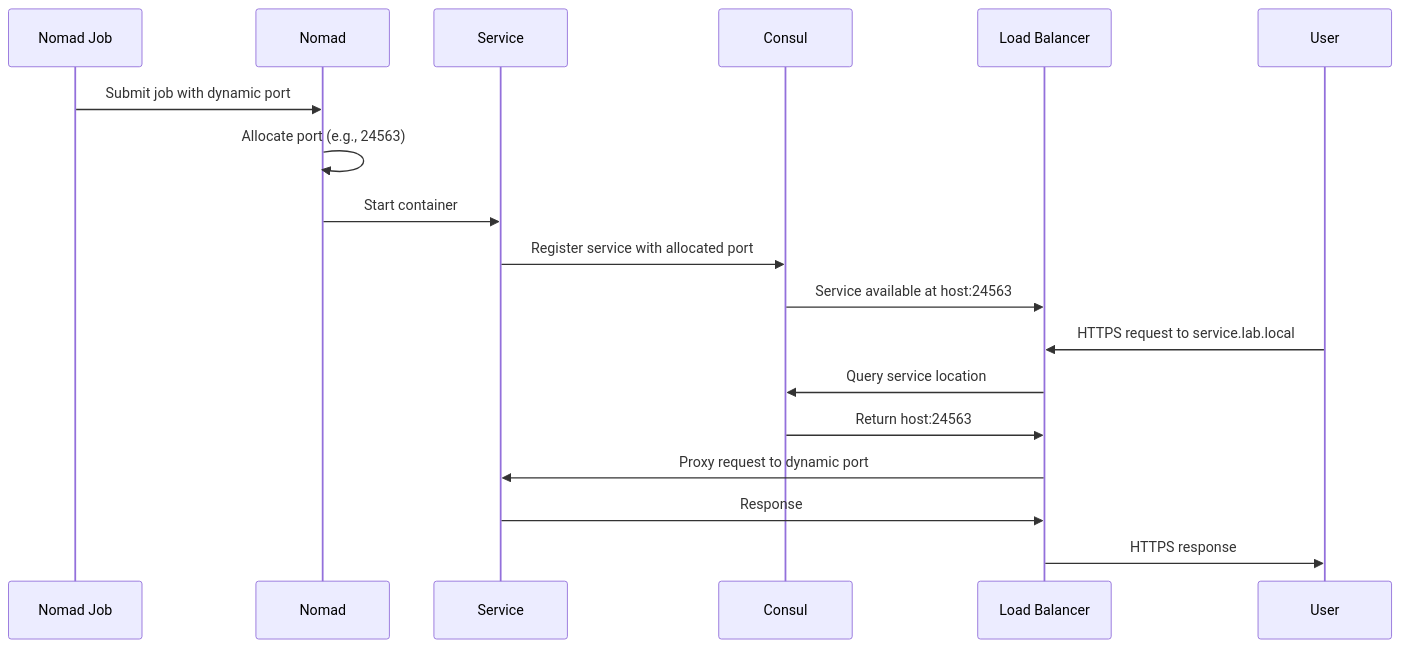
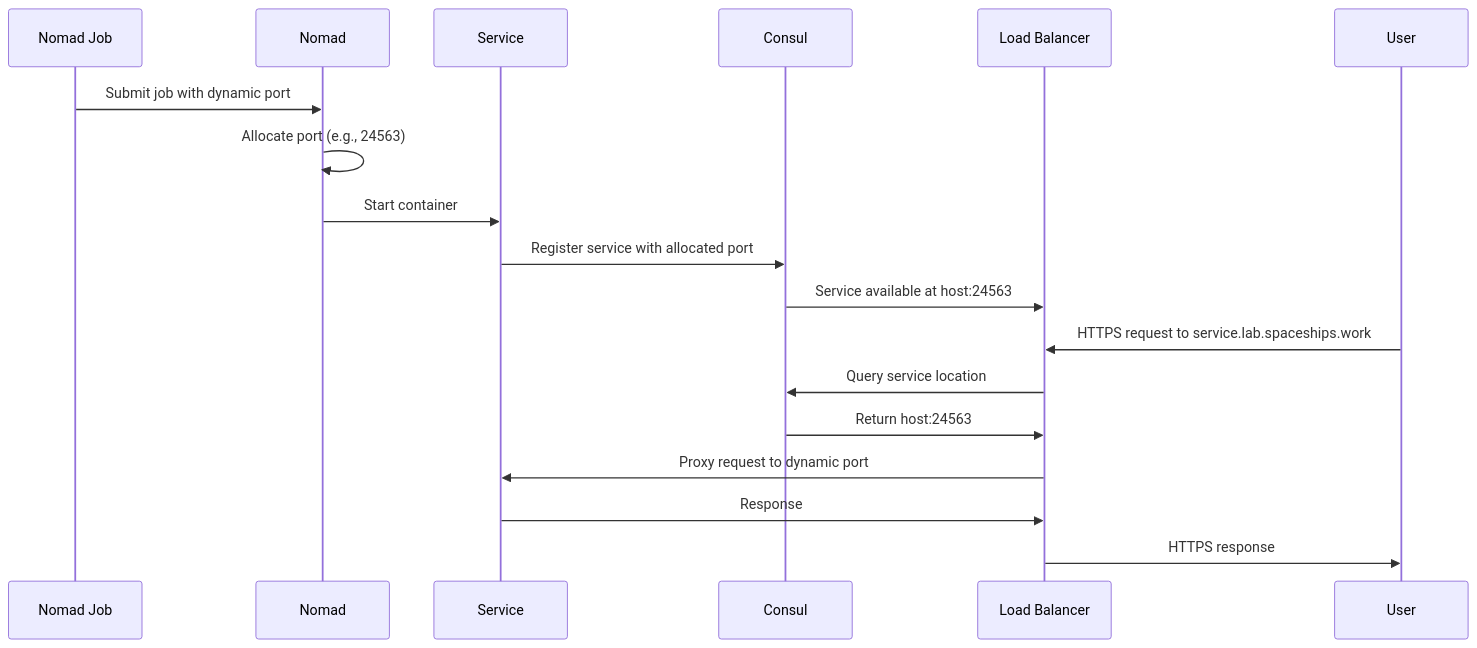
Before and after one commit to basher83/andromeda-orchestration: the third of 6 diagrams in docs/diagrams/network-port-architecture.md, drawn with Mermaid. The commit also changed 8 other files, not shown here.

````diff
--- a/docs/diagrams/network-port-architecture.md
+++ b/docs/diagrams/network-port-architecture.md
@@ -89,21 +89,21 @@
 ```mermaid
 sequenceDiagram
     participant Job as Nomad Job
     participant Nomad
     participant Service
     participant Consul
     participant LB as Load Balancer
     participant User
 
     Job->>Nomad: Submit job with dynamic port
     Nomad->>Nomad: Allocate port (e.g., 24563)
     Nomad->>Service: Start container
     Service->>Consul: Register service with allocated port
     Consul->>LB: Service available at host:24563
-    User->>LB: HTTPS request to service.lab.local
+    User->>LB: HTTPS request to service.lab.spaceships.work
     LB->>Consul: Query service location
     Consul->>LB: Return host:24563
     LB->>Service: Proxy request to dynamic port
     Service->>LB: Response
     LB->>User: HTTPS response
 ```
````
